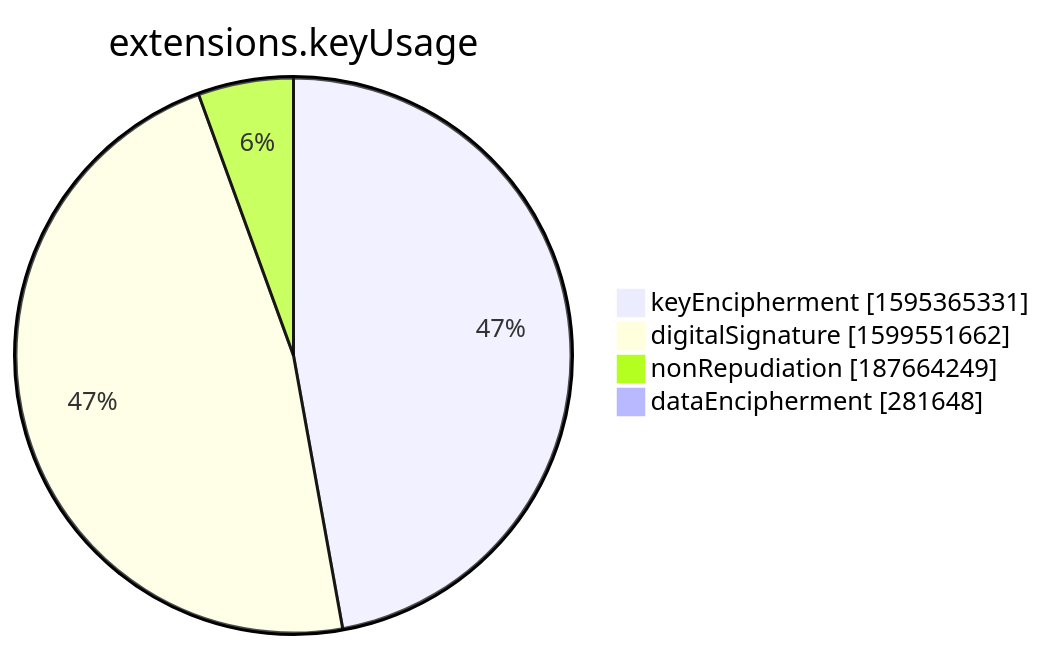
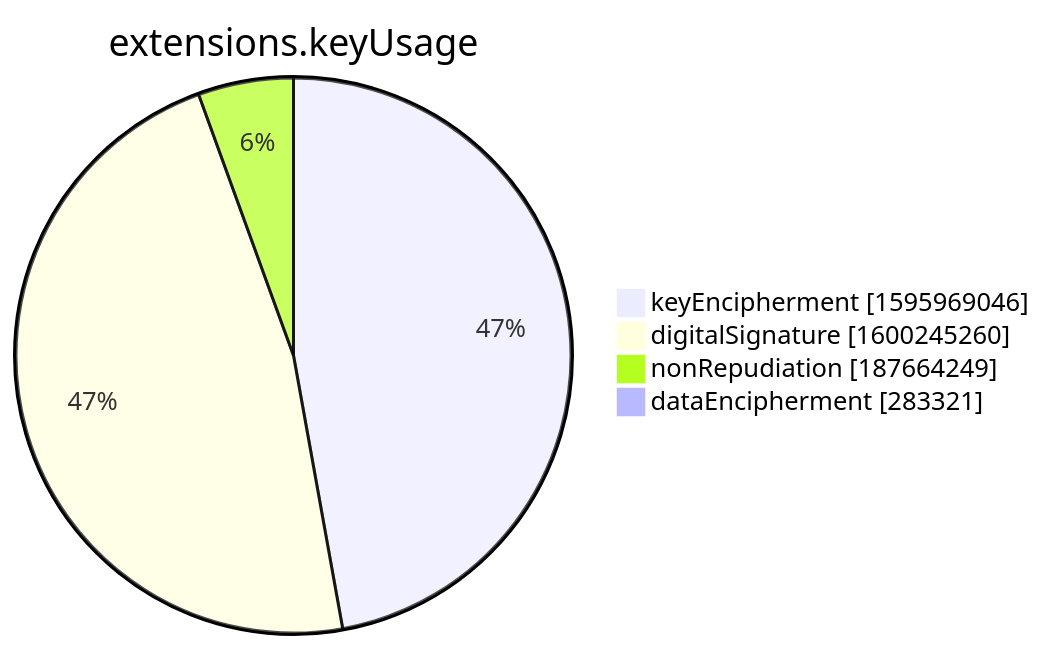
Before and after one commit to christiankrug/ctmonitor_visualization: the seventh of 15 diagrams in xenon2022/README.md, drawn with Mermaid. The commit also changed other lines of this file, not shown here.

````diff
--- a/xenon2022/README.md
+++ b/xenon2022/README.md
@@ -2854,8 +2854,8 @@
 ```mermaid
 pie showData
 title extensions.keyUsage
-"keyEncipherment" :1595365331
-"digitalSignature" :1599551662
+"keyEncipherment" :1595969046
+"digitalSignature" :1600245260
 "nonRepudiation" :187664249
-"dataEncipherment" :281648
+"dataEncipherment" :283321
 ```
````
